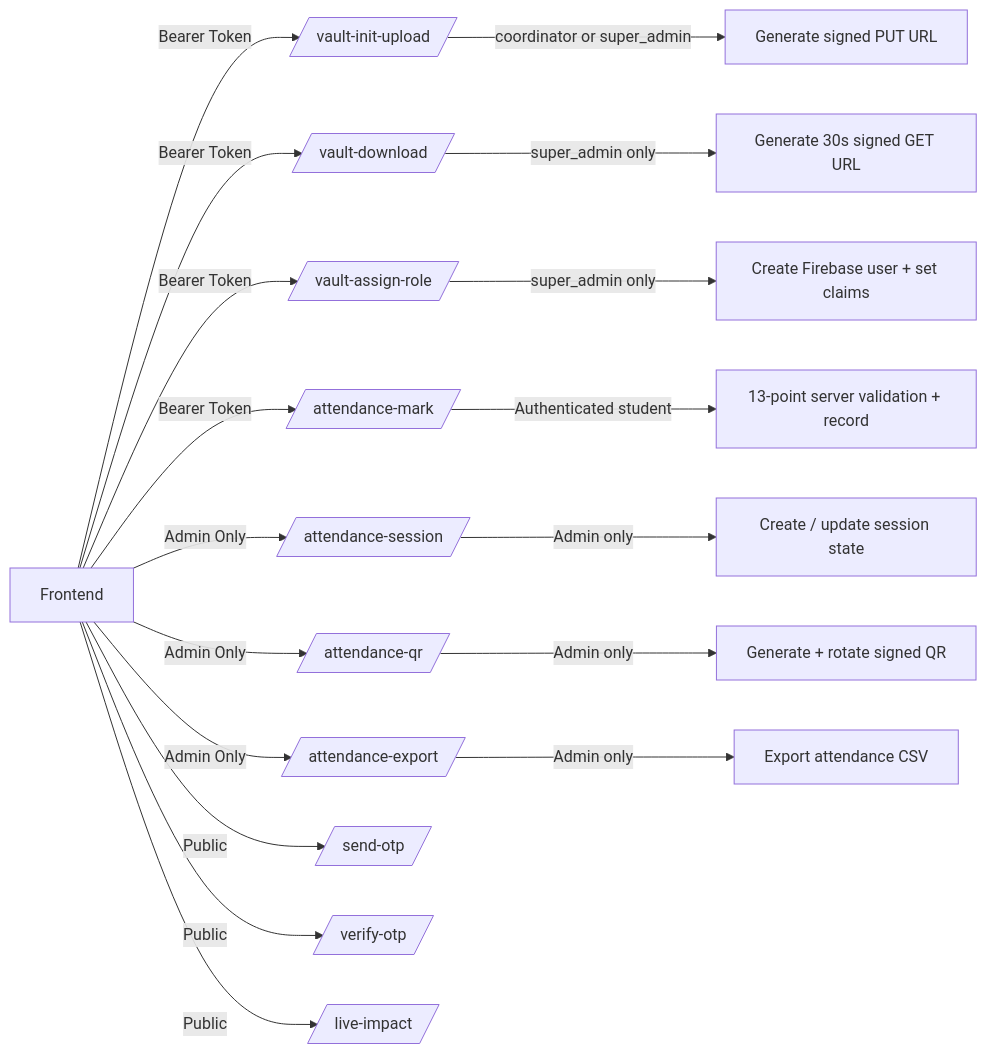
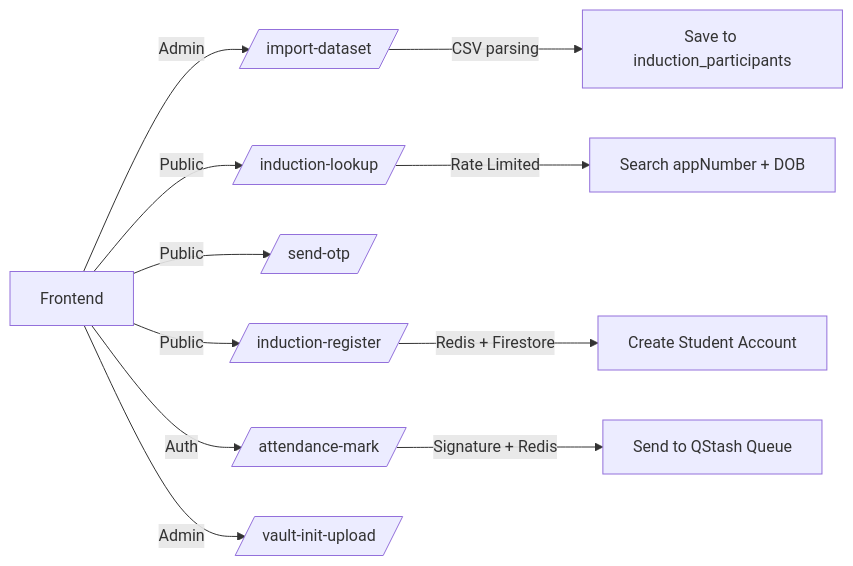
The sixth of 7 diagrams in README.md (MRINALPRAKASHFSD/Induction-Program), drawn with Mermaid before and after one commit. The commit also changed other lines of this file, not shown here.

Commit message:
docs: update README with Fast Track and Upstash architecture

````diff
--- a/README.md
+++ b/README.md
@@ -240,21 +207,14 @@
 ```mermaid
 graph LR
-    FE[Frontend] -->|Bearer Token| A1[/vault-init-upload/]
-    FE -->|Bearer Token| A2[/vault-download/]
-    FE -->|Bearer Token| A3[/vault-assign-role/]
-    FE -->|Bearer Token| A7[/attendance-mark/]
-    FE -->|Admin Only| A8[/attendance-session/]
-    FE -->|Admin Only| A9[/attendance-qr/]
-    FE -->|Admin Only| A10[/attendance-export/]
-    FE -->|Public| A4[/send-otp/]
-    FE -->|Public| A5[/verify-otp/]
-    FE -->|Public| A6[/live-impact/]
+    FE[Frontend] -->|Admin| A1[/import-dataset/]
+    FE -->|Public| A2[/induction-lookup/]
+    FE -->|Public| A3[/send-otp/]
+    FE -->|Public| A4[/induction-register/]
+    FE -->|Auth| A5[/attendance-mark/]
+    FE -->|Admin| A6[/vault-init-upload/]
 
-    A1 -->|coordinator or super_admin| G1[Generate signed PUT URL]
-    A2 -->|super_admin only| G2[Generate 30s signed GET URL]
-    A3 -->|super_admin only| G3[Create Firebase user + set claims]
-    A7 -->|Authenticated student| G7[13-point server validation + record]
-    A8 -->|Admin only| G8[Create / update session state]
-    A9 -->|Admin only| G9[Generate + rotate signed QR]
-    A10 -->|Admin only| G10[Export attendance CSV]
+    A1 -->|CSV parsing| G1[Save to induction_participants]
+    A2 -->|Rate Limited| G2[Search appNumber + DOB]
+    A4 -->|Redis + Firestore| G4[Create Student Account]
+    A5 -->|Signature + Redis| G5[Send to QStash Queue]
 ```
````
